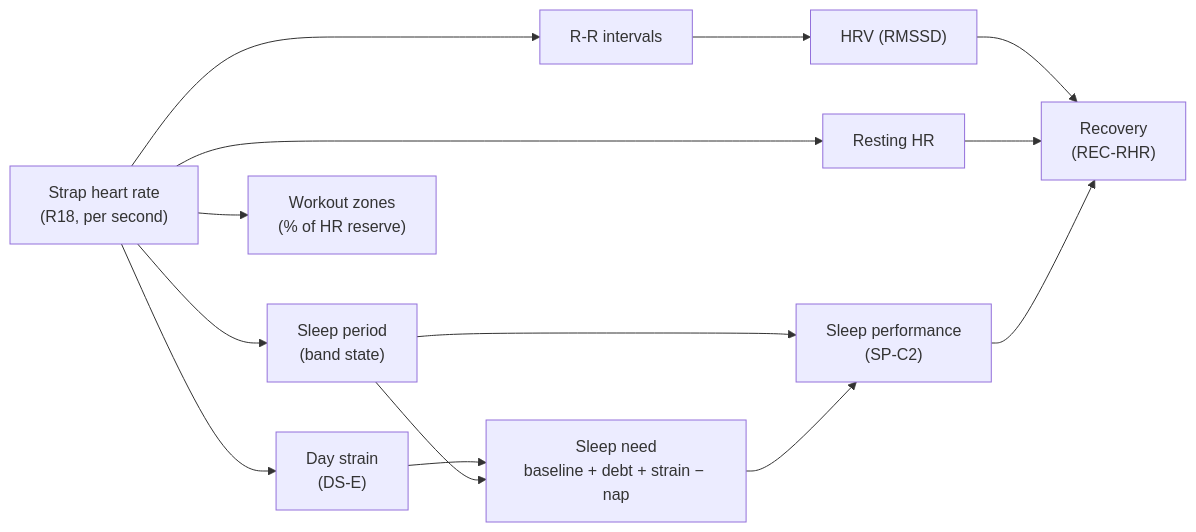
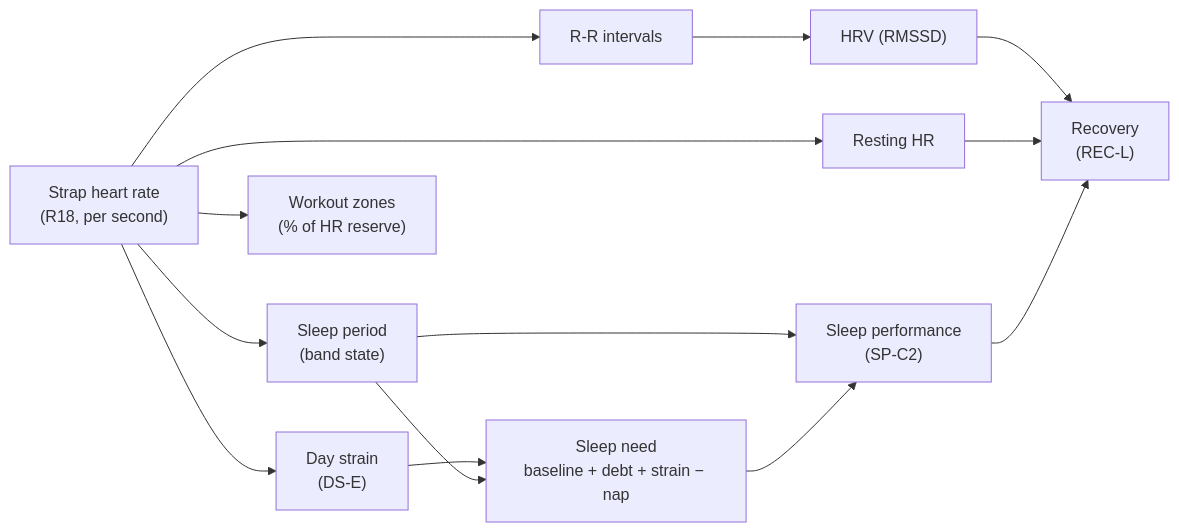
One commit to LeonardSEO/wearable5.0 changed the diagram in README.md. Above: the diagram before and after it, drawn with Mermaid. The commit also changed other lines of this file and 6 other files, not shown here.

First line of the commit message:
Refit recovery as a logistic (REC-L) and the baseline line; freeze from 25 Nov

````diff
--- a/README.md
+++ b/README.md
@@ -114,16 +114,16 @@
 ```mermaid
 flowchart LR
   HR["Strap heart rate<br/>(R18, per second)"] --> RR["R-R intervals"]
   RR --> HRV["HRV (RMSSD)"]
   HR --> RHR["Resting HR"]
   HR --> SLEEP["Sleep period<br/>(band state)"]
   HR --> STRAIN["Day strain<br/>(DS-E)"]
   HR --> ZONES["Workout zones<br/>(% of HR reserve)"]
   STRAIN --> NEED["Sleep need<br/>baseline + debt + strain − nap"]
   SLEEP --> NEED
   SLEEP --> SP["Sleep performance<br/>(SP-C2)"]
   NEED --> SP
-  HRV --> REC["Recovery<br/>(REC-RHR)"]
+  HRV --> REC["Recovery<br/>(REC-L)"]
   RHR --> REC
   SP --> REC
 ```
````
